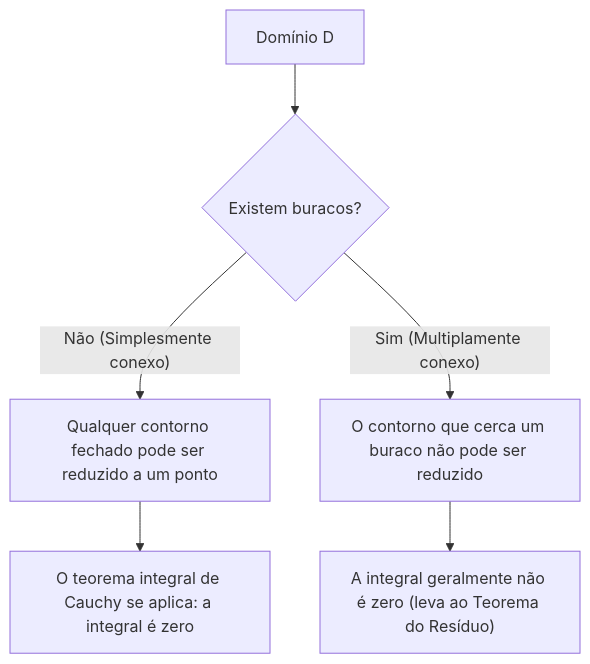
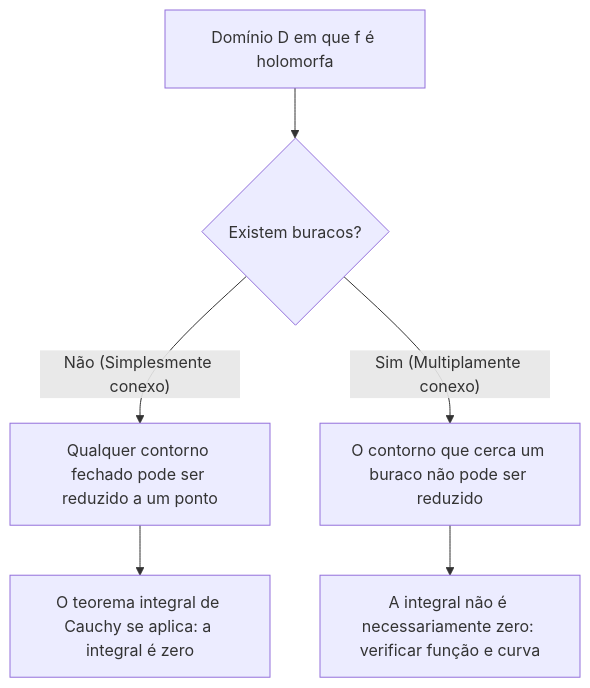
One commit to kenjinote/blog changed the diagram in content/post/cauchys-integral-theorem/index.pt.md. Above: the diagram before and after it, drawn with Mermaid. The commit also changed other lines of this file and 8 other files, not shown here.

````diff
--- a/content/post/cauchys-integral-theorem/index.pt.md
+++ b/content/post/cauchys-integral-theorem/index.pt.md
@@ -95,8 +95,8 @@
 ```mermaid
 flowchart TD
-    A["Domínio D"] --> B{"Existem buracos?"}
+    A["Domínio D em que f é holomorfa"] --> B{"Existem buracos?"}
     B -->|"Não (Simplesmente conexo)"| C["Qualquer contorno fechado pode ser reduzido a um ponto"]
     C --> D["O teorema integral de Cauchy se aplica: a integral é zero"]
     B -->|"Sim (Multiplamente conexo)"| E["O contorno que cerca um buraco não pode ser reduzido"]
-    E --> F["A integral geralmente não é zero (leva ao Teorema do Resíduo)"]
+    E --> F["A integral não é necessariamente zero: verificar função e curva"]
 ```
````
